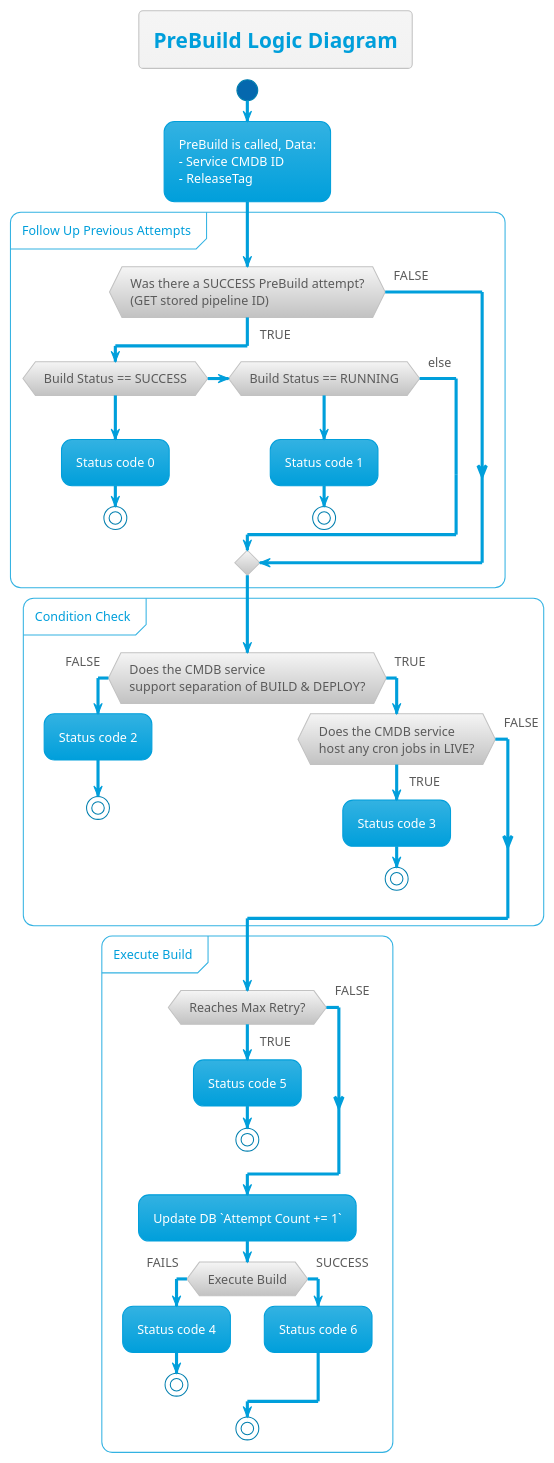
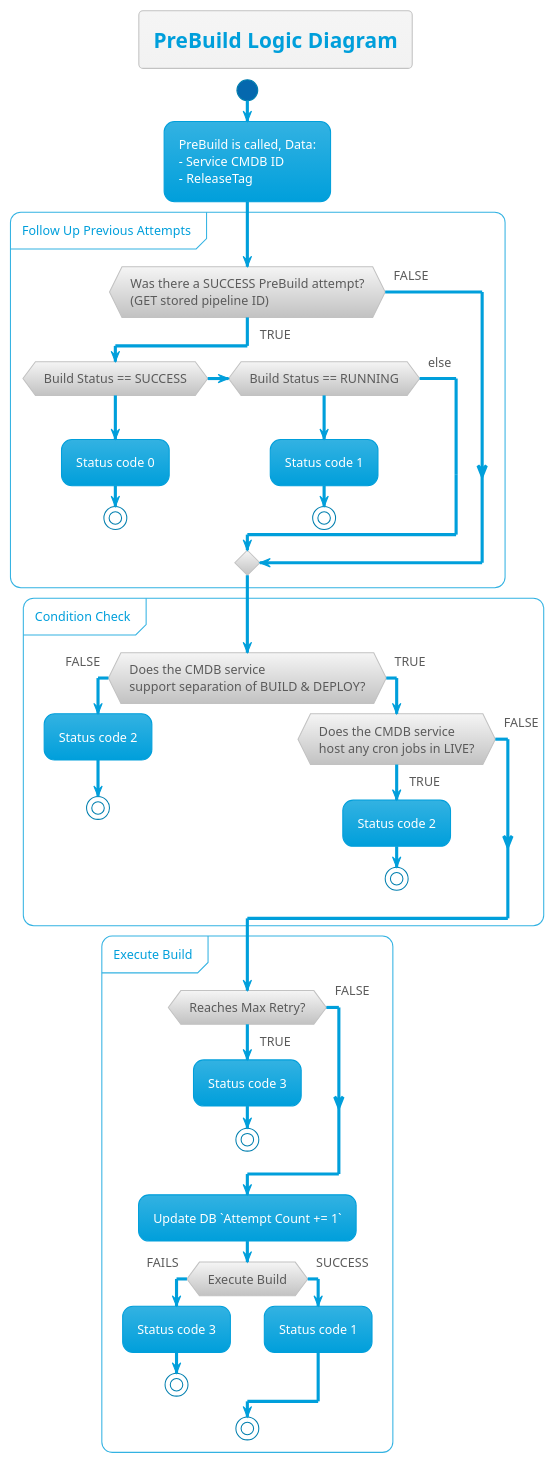
One commit to thetomitomo/diagrams changed the diagram in src/PreBuildFlow/ConditionsCheck.plantuml. Above: the diagram before and after it, drawn with PlantUML. The commit also changed 3 other files, not shown here.

```diff
--- a/src/PreBuildFlow/ConditionsCheck.plantuml
+++ b/src/PreBuildFlow/ConditionsCheck.plantuml
@@ -1,58 +1,58 @@
 @startuml
 !theme bluegray
 skinparam FooterFontColor black
 
 title PreBuild Logic Diagram
 
 start
 
 :PreBuild is called, Data:\n- Service CMDB ID\n- ReleaseTag;
 
 group Follow Up Previous Attempts
     if (Was there a SUCCESS PreBuild attempt?\n(GET stored pipeline ID)) then (TRUE)
         ' :Do NOT execute PreBuild;
         if (Build Status == SUCCESS) then ( )
             :Status code 0;
             stop
         elseif (Build Status == RUNNING) then ( )
             :Status code 1;
             stop
         else (else)
             ' :continue;
         endif
     else (FALSE)
     endif
 end group
 
 group Condition Check
     if (Does the CMDB service\nsupport separation of BUILD & DEPLOY?) then (FALSE)
         :Status code 2;
         stop
     else (TRUE)
         if (Does the CMDB service\nhost any cron jobs in LIVE?) then (TRUE)
-            :Status code 3;
+            :Status code 2;
             stop
         else (FALSE)
         endif
     endif
 end group
 
 group Execute Build
     if (Reaches Max Retry?) then (TRUE)
-        :Status code 5;
+        :Status code 3;
         stop
     else (FALSE)
     endif
 
     :Update DB `Attempt Count += 1`;
     if (Execute Build) then (FAILS)
-        :Status code 4;
+        :Status code 3;
         stop
     else (SUCCESS)
-        :Status code 6;
+        :Status code 1;
     endif
 stop
 end group
 
 
 @enduml
```
